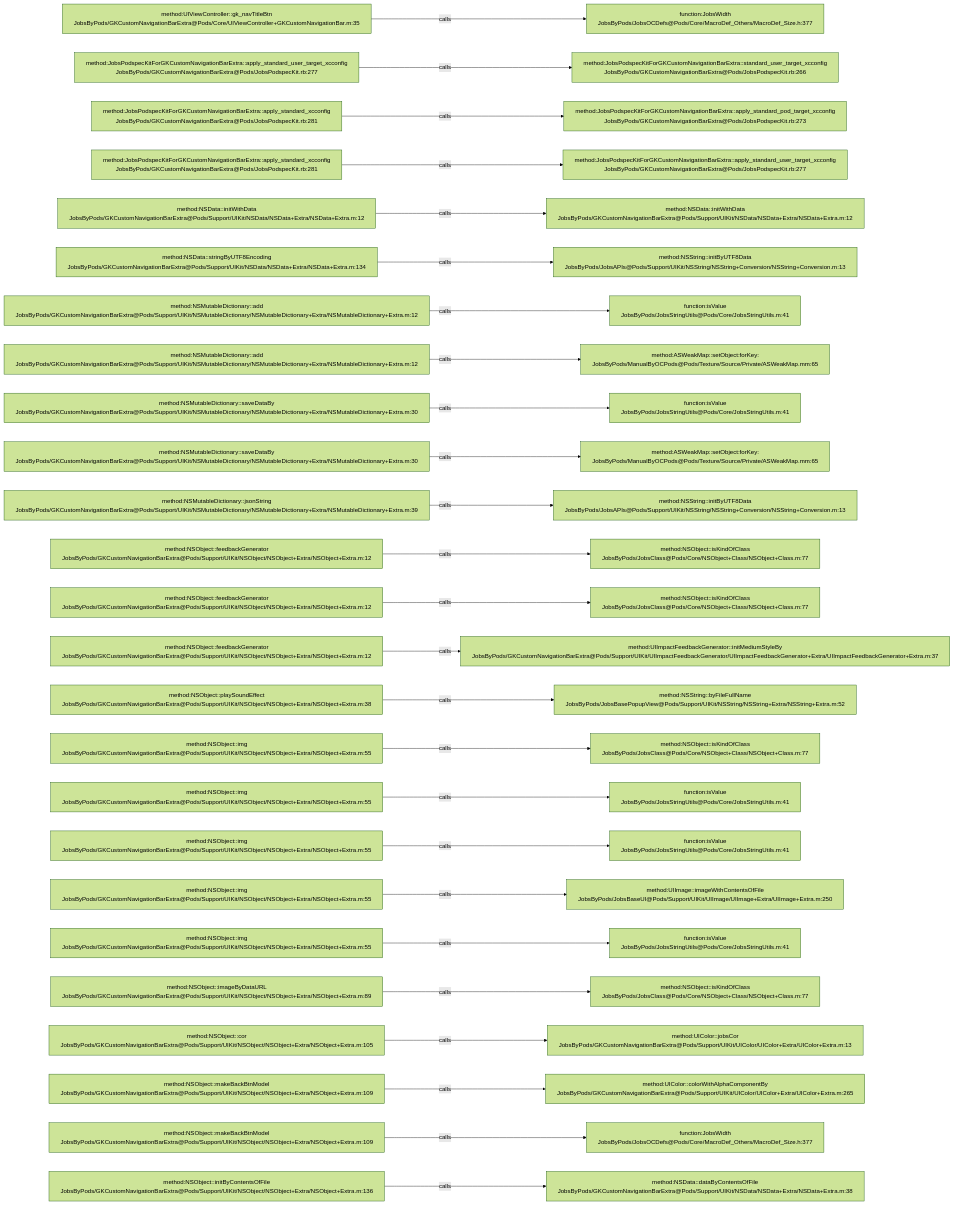
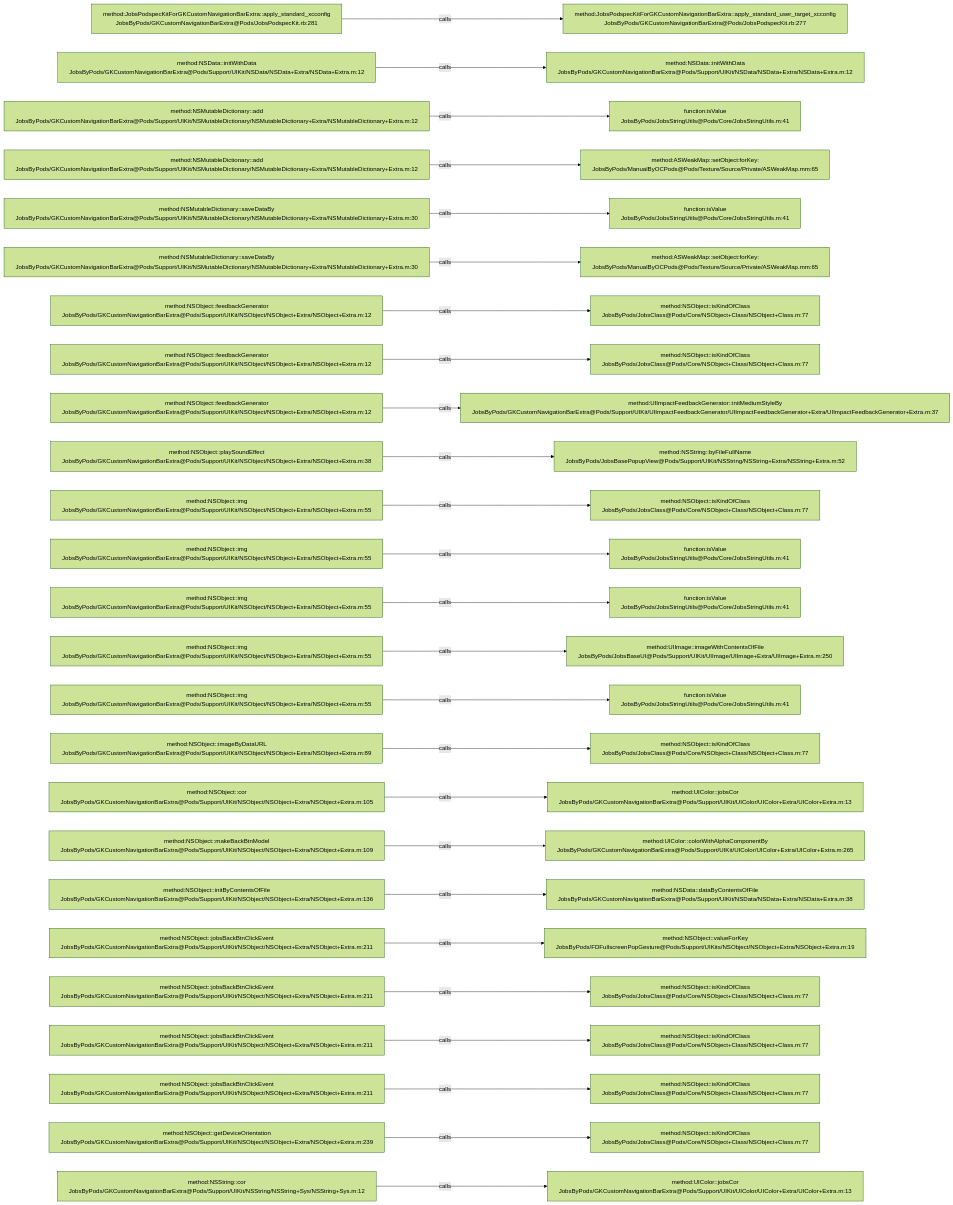
One commit to JobsKits/JobsOCBaseConfigDemo changed the diagram in .codegraph/codegraph.md/graphs/calls-004.md. Above: the diagram before and after it, drawn with Mermaid (forest theme). The commit also changed 1026 other files, not shown here.

````diff
--- a/.codegraph/codegraph.md/graphs/calls-004.md
+++ b/.codegraph/codegraph.md/graphs/calls-004.md
@@ -13,78 +13,78 @@
 ```mermaid
 flowchart LR
-  S1["method:UIViewController::gk_navTitleBtn<br/>JobsByPods/GKCustomNavigationBarExtra@Pods/Core/UIViewController+GKCustomNavigationBar.m:35"]
-  T1["function:JobsWidth<br/>JobsByPods/JobsOCDefs@Pods/Core/MacroDef_Others/MacroDef_Size.h:377"]
+  S1["method:JobsPodspecKitForGKCustomNavigationBarExtra::apply_standard_xcconfig<br/>JobsByPods/GKCustomNavigationBarExtra@Pods/JobsPodspecKit.rb:281"]
+  T1["method:JobsPodspecKitForGKCustomNavigationBarExtra::apply_standard_user_target_xcconfig<br/>JobsByPods/GKCustomNavigationBarExtra@Pods/JobsPodspecKit.rb:277"]
   S1 -->|calls| T1
-  S2["method:JobsPodspecKitForGKCustomNavigationBarExtra::apply_standard_user_target_xcconfig<br/>JobsByPods/GKCustomNavigationBarExtra@Pods/JobsPodspecKit.rb:277"]
-  T2["method:JobsPodspecKitForGKCustomNavigationBarExtra::standard_user_target_xcconfig<br/>JobsByPods/GKCustomNavigationBarExtra@Pods/JobsPodspecKit.rb:266"]
+  S2["method:NSData::initWithData<br/>JobsByPods/GKCustomNavigationBarExtra@Pods/Support/UIKit/NSData/NSData+Extra/NSData+Extra.m:12"]
+  T2["method:NSData::initWithData<br/>JobsByPods/GKCustomNavigationBarExtra@Pods/Support/UIKit/NSData/NSData+Extra/NSData+Extra.m:12"]
   S2 -->|calls| T2
-  S3["method:JobsPodspecKitForGKCustomNavigationBarExtra::apply_standard_xcconfig<br/>JobsByPods/GKCustomNavigationBarExtra@Pods/JobsPodspecKit.rb:281"]
-  T3["method:JobsPodspecKitForGKCustomNavigationBarExtra::apply_standard_pod_target_xcconfig<br/>JobsByPods/GKCustomNavigationBarExtra@Pods/JobsPodspecKit.rb:273"]
+  S3["method:NSMutableDictionary::add<br/>JobsByPods/GKCustomNavigationBarExtra@Pods/Support/UIKit/NSMutableDictionary/NSMutableDictionary+Extra/NSMutableDictionary+Extra.m:12"]
+  T3["function:isValue<br/>JobsByPods/JobsStringUtils@Pods/Core/JobsStringUtils.m:41"]
   S3 -->|calls| T3
-  S4["method:JobsPodspecKitForGKCustomNavigationBarExtra::apply_standard_xcconfig<br/>JobsByPods/GKCustomNavigationBarExtra@Pods/JobsPodspecKit.rb:281"]
-  T4["method:JobsPodspecKitForGKCustomNavigationBarExtra::apply_standard_user_target_xcconfig<br/>JobsByPods/GKCustomNavigationBarExtra@Pods/JobsPodspecKit.rb:277"]
+  S4["method:NSMutableDictionary::add<br/>JobsByPods/GKCustomNavigationBarExtra@Pods/Support/UIKit/NSMutableDictionary/NSMutableDictionary+Extra/NSMutableDictionary+Extra.m:12"]
+  T4["method:ASWeakMap::setObject:forKey:<br/>JobsByPods/ManualByOCPods@Pods/Texture/Source/Private/ASWeakMap.mm:65"]
   S4 -->|calls| T4
-  S5["method:NSData::initWithData<br/>JobsByPods/GKCustomNavigationBarExtra@Pods/Support/UIKit/NSData/NSData+Extra/NSData+Extra.m:12"]
-  T5["method:NSData::initWithData<br/>JobsByPods/GKCustomNavigationBarExtra@Pods/Support/UIKit/NSData/NSData+Extra/NSData+Extra.m:12"]
+  S5["method:NSMutableDictionary::saveDataBy<br/>JobsByPods/GKCustomNavigationBarExtra@Pods/Support/UIKit/NSMutableDictionary/NSMutableDictionary+Extra/NSMutableDictionary+Extra.m:30"]
+  T5["function:isValue<br/>JobsByPods/JobsStringUtils@Pods/Core/JobsStringUtils.m:41"]
   S5 -->|calls| T5
-  S6["method:NSData::stringByUTF8Encoding<br/>JobsByPods/GKCustomNavigationBarExtra@Pods/Support/UIKit/NSData/NSData+Extra/NSData+Extra.m:134"]
-  T6["method:NSString::initByUTF8Data<br/>JobsByPods/JobsAPIs@Pods/Support/UIKit/NSString/NSString+Conversion/NSString+Conversion.m:13"]
+  S6["method:NSMutableDictionary::saveDataBy<br/>JobsByPods/GKCustomNavigationBarExtra@Pods/Support/UIKit/NSMutableDictionary/NSMutableDictionary+Extra/NSMutableDictionary+Extra.m:30"]
+  T6["method:ASWeakMap::setObject:forKey:<br/>JobsByPods/ManualByOCPods@Pods/Texture/Source/Private/ASWeakMap.mm:65"]
   S6 -->|calls| T6
-  S7["method:NSMutableDictionary::add<br/>JobsByPods/GKCustomNavigationBarExtra@Pods/Support/UIKit/NSMutableDictionary/NSMutableDictionary+Extra/NSMutableDictionary+Extra.m:12"]
-  T7["function:isValue<br/>JobsByPods/JobsStringUtils@Pods/Core/JobsStringUtils.m:41"]
+  S7["method:NSObject::feedbackGenerator<br/>JobsByPods/GKCustomNavigationBarExtra@Pods/Support/UIKit/NSObject/NSObject+Extra/NSObject+Extra.m:12"]
+  T7["method:NSObject::isKindOfClass<br/>JobsByPods/JobsClass@Pods/Core/NSObject+Class/NSObject+Class.m:77"]
   S7 -->|calls| T7
-  S8["method:NSMutableDictionary::add<br/>JobsByPods/GKCustomNavigationBarExtra@Pods/Support/UIKit/NSMutableDictionary/NSMutableDictionary+Extra/NSMutableDictionary+Extra.m:12"]
-  T8["method:ASWeakMap::setObject:forKey:<br/>JobsByPods/ManualByOCPods@Pods/Texture/Source/Private/ASWeakMap.mm:65"]
+  S8["method:NSObject::feedbackGenerator<br/>JobsByPods/GKCustomNavigationBarExtra@Pods/Support/UIKit/NSObject/NSObject+Extra/NSObject+Extra.m:12"]
+  T8["method:NSObject::isKindOfClass<br/>JobsByPods/JobsClass@Pods/Core/NSObject+Class/NSObject+Class.m:77"]
   S8 -->|calls| T8
-  S9["method:NSMutableDictionary::saveDataBy<br/>JobsByPods/GKCustomNavigationBarExtra@Pods/Support/UIKit/NSMutableDictionary/NSMutableDictionary+Extra/NSMutableDictionary+Extra.m:30"]
-  T9["function:isValue<br/>JobsByPods/JobsStringUtils@Pods/Core/JobsStringUtils.m:41"]
+  S9["method:NSObject::feedbackGenerator<br/>JobsByPods/GKCustomNavigationBarExtra@Pods/Support/UIKit/NSObject/NSObject+Extra/NSObject+Extra.m:12"]
+  T9["method:UIImpactFeedbackGenerator::initMediumStyleBy<br/>JobsByPods/GKCustomNavigationBarExtra@Pods/Support/UIKit/UIImpactFeedbackGenerator/UIImpactFeedbackGenerator+Extra/UIImpactFeedbackGenerator+Extra.m:37"]
   S9 -->|calls| T9
-  S10["method:NSMutableDictionary::saveDataBy<br/>JobsByPods/GKCustomNavigationBarExtra@Pods/Support/UIKit/NSMutableDictionary/NSMutableDictionary+Extra/NSMutableDictionary+Extra.m:30"]
-  T10["method:ASWeakMap::setObject:forKey:<br/>JobsByPods/ManualByOCPods@Pods/Texture/Source/Private/ASWeakMap.mm:65"]
+  S10["method:NSObject::playSoundEffect<br/>JobsByPods/GKCustomNavigationBarExtra@Pods/Support/UIKit/NSObject/NSObject+Extra/NSObject+Extra.m:38"]
+  T10["method:NSString::byFileFullName<br/>JobsByPods/JobsBasePopupView@Pods/Support/UIKit/NSString/NSString+Extra/NSString+Extra.m:52"]
   S10 -->|calls| T10
-  S11["method:NSMutableDictionary::jsonString<br/>JobsByPods/GKCustomNavigationBarExtra@Pods/Support/UIKit/NSMutableDictionary/NSMutableDictionary+Extra/NSMutableDictionary+Extra.m:39"]
-  T11["method:NSString::initByUTF8Data<br/>JobsByPods/JobsAPIs@Pods/Support/UIKit/NSString/NSString+Conversion/NSString+Conversion.m:13"]
+  S11["method:NSObject::img<br/>JobsByPods/GKCustomNavigationBarExtra@Pods/Support/UIKit/NSObject/NSObject+Extra/NSObject+Extra.m:55"]
+  T11["method:NSObject::isKindOfClass<br/>JobsByPods/JobsClass@Pods/Core/NSObject+Class/NSObject+Class.m:77"]
   S11 -->|calls| T11
-  S12["method:NSObject::feedbackGenerator<br/>JobsByPods/GKCustomNavigationBarExtra@Pods/Support/UIKit/NSObject/NSObject+Extra/NSObject+Extra.m:12"]
-  T12["method:NSObject::isKindOfClass<br/>JobsByPods/JobsClass@Pods/Core/NSObject+Class/NSObject+Class.m:77"]
+  S12["method:NSObject::img<br/>JobsByPods/GKCustomNavigationBarExtra@Pods/Support/UIKit/NSObject/NSObject+Extra/NSObject+Extra.m:55"]
+  T12["function:isValue<br/>JobsByPods/JobsStringUtils@Pods/Core/JobsStringUtils.m:41"]
   S12 -->|calls| T12
-  S13["method:NSObject::feedbackGenerator<br/>JobsByPods/GKCustomNavigationBarExtra@Pods/Support/UIKit/NSObject/NSObject+Extra/NSObject+Extra.m:12"]
-  T13["method:NSObject::isKindOfClass<br/>JobsByPods/JobsClass@Pods/Core/NSObject+Class/NSObject+Class.m:77"]
+  S13["method:NSObject::img<br/>JobsByPods/GKCustomNavigationBarExtra@Pods/Support/UIKit/NSObject/NSObject+Extra/NSObject+Extra.m:55"]
+  T13["function:isValue<br/>JobsByPods/JobsStringUtils@Pods/Core/JobsStringUtils.m:41"]
   S13 -->|calls| T13
-  S14["method:NSObject::feedbackGenerator<br/>JobsByPods/GKCustomNavigationBarExtra@Pods/Support/UIKit/NSObject/NSObject+Extra/NSObject+Extra.m:12"]
-  T14["method:UIImpactFeedbackGenerator::initMediumStyleBy<br/>JobsByPods/GKCustomNavigationBarExtra@Pods/Support/UIKit/UIImpactFeedbackGenerator/UIImpactFeedbackGenerator+Extra/UIImpactFeedbackGenerator+Extra.m:37"]
+  S14["method:NSObject::img<br/>JobsByPods/GKCustomNavigationBarExtra@Pods/Support/UIKit/NSObject/NSObject+Extra/NSObject+Extra.m:55"]
+  T14["method:UIImage::imageWithContentsOfFile<br/>JobsByPods/JobsBaseUI@Pods/Support/UIKit/UIImage/UIImage+Extra/UIImage+Extra.m:250"]
   S14 -->|calls| T14
-  S15["method:NSObject::playSoundEffect<br/>JobsByPods/GKCustomNavigationBarExtra@Pods/Support/UIKit/NSObject/NSObject+Extra/NSObject+Extra.m:38"]
-  T15["method:NSString::byFileFullName<br/>JobsByPods/JobsBasePopupView@Pods/Support/UIKit/NSString/NSString+Extra/NSString+Extra.m:52"]
+  S15["method:NSObject::img<br/>JobsByPods/GKCustomNavigationBarExtra@Pods/Support/UIKit/NSObject/NSObject+Extra/NSObject+Extra.m:55"]
+  T15["function:isValue<br/>JobsByPods/JobsStringUtils@Pods/Core/JobsStringUtils.m:41"]
   S15 -->|calls| T15
-  S16["method:NSObject::img<br/>JobsByPods/GKCustomNavigationBarExtra@Pods/Support/UIKit/NSObject/NSObject+Extra/NSObject+Extra.m:55"]
+  S16["method:NSObject::imageByDataURL<br/>JobsByPods/GKCustomNavigationBarExtra@Pods/Support/UIKit/NSObject/NSObject+Extra/NSObject+Extra.m:89"]
   T16["method:NSObject::isKindOfClass<br/>JobsByPods/JobsClass@Pods/Core/NSObject+Class/NSObject+Class.m:77"]
   S16 -->|calls| T16
-  S17["method:NSObject::img<br/>JobsByPods/GKCustomNavigationBarExtra@Pods/Support/UIKit/NSObject/NSObject+Extra/NSObject+Extra.m:55"]
-  T17["function:isValue<br/>JobsByPods/JobsStringUtils@Pods/Core/JobsStringUtils.m:41"]
+  S17["method:NSObject::cor<br/>JobsByPods/GKCustomNavigationBarExtra@Pods/Support/UIKit/NSObject/NSObject+Extra/NSObject+Extra.m:105"]
+  T17["method:UIColor::jobsCor<br/>JobsByPods/GKCustomNavigationBarExtra@Pods/Support/UIKit/UIColor/UIColor+Extra/UIColor+Extra.m:13"]
   S17 -->|calls| T17
-  S18["method:NSObject::img<br/>JobsByPods/GKCustomNavigationBarExtra@Pods/Support/UIKit/NSObject/NSObject+Extra/NSObject+Extra.m:55"]
-  T18["function:isValue<br/>JobsByPods/JobsStringUtils@Pods/Core/JobsStringUtils.m:41"]
+  S18["method:NSObject::makeBackBtnModel<br/>JobsByPods/GKCustomNavigationBarExtra@Pods/Support/UIKit/NSObject/NSObject+Extra/NSObject+Extra.m:109"]
+  T18["method:UIColor::colorWithAlphaComponentBy<br/>JobsByPods/GKCustomNavigationBarExtra@Pods/Support/UIKit/UIColor/UIColor+Extra/UIColor+Extra.m:265"]
   S18 -->|calls| T18
-  S19["method:NSObject::img<br/>JobsByPods/GKCustomNavigationBarExtra@Pods/Support/UIKit/NSObject/NSObject+Extra/NSObject+Extra.m:55"]
-  T19["method:UIImage::imageWithContentsOfFile<br/>JobsByPods/JobsBaseUI@Pods/Support/UIKit/UIImage/UIImage+Extra/UIImage+Extra.m:250"]
+  S19["method:NSObject::initByContentsOfFile<br/>JobsByPods/GKCustomNavigationBarExtra@Pods/Support/UIKit/NSObject/NSObject+Extra/NSObject+Extra.m:136"]
+  T19["method:NSData::dataByContentsOfFile<br/>JobsByPods/GKCustomNavigationBarExtra@Pods/Support/UIKit/NSData/NSData+Extra/NSData+Extra.m:38"]
   S19 -->|calls| T19
-  S20["method:NSObject::img<br/>JobsByPods/GKCustomNavigationBarExtra@Pods/Support/UIKit/NSObject/NSObject+Extra/NSObject+Extra.m:55"]
-  T20["function:isValue<br/>JobsByPods/JobsStringUtils@Pods/Core/JobsStringUtils.m:41"]
+  S20["method:NSObject::jobsBackBtnClickEvent<br/>JobsByPods/GKCustomNavigationBarExtra@Pods/Support/UIKit/NSObject/NSObject+Extra/NSObject+Extra.m:211"]
+  T20["method:NSObject::valueForKey<br/>JobsByPods/FDFullscreenPopGesture@Pods/Support/UIKits/NSObject/NSObject+Extra/NSObject+Extra.m:19"]
   S20 -->|calls| T20
-  S21["method:NSObject::imageByDataURL<br/>JobsByPods/GKCustomNavigationBarExtra@Pods/Support/UIKit/NSObject/NSObject+Extra/NSObject+Extra.m:89"]
+  S21["method:NSObject::jobsBackBtnClickEvent<br/>JobsByPods/GKCustomNavigationBarExtra@Pods/Support/UIKit/NSObject/NSObject+Extra/NSObject+Extra.m:211"]
   T21["method:NSObject::isKindOfClass<br/>JobsByPods/JobsClass@Pods/Core/NSObject+Class/NSObject+Class.m:77"]
   S21 -->|calls| T21
-  S22["method:NSObject::cor<br/>JobsByPods/GKCustomNavigationBarExtra@Pods/Support/UIKit/NSObject/NSObject+Extra/NSObject+Extra.m:105"]
-  T22["method:UIColor::jobsCor<br/>JobsByPods/GKCustomNavigationBarExtra@Pods/Support/UIKit/UIColor/UIColor+Extra/UIColor+Extra.m:13"]
+  S22["method:NSObject::jobsBackBtnClickEvent<br/>JobsByPods/GKCustomNavigationBarExtra@Pods/Support/UIKit/NSObject/NSObject+Extra/NSObject+Extra.m:211"]
+  T22["method:NSObject::isKindOfClass<br/>JobsByPods/JobsClass@Pods/Core/NSObject+Class/NSObject+Class.m:77"]
   S22 -->|calls| T22
-  S23["method:NSObject::makeBackBtnModel<br/>JobsByPods/GKCustomNavigationBarExtra@Pods/Support/UIKit/NSObject/NSObject+Extra/NSObject+Extra.m:109"]
-  T23["method:UIColor::colorWithAlphaComponentBy<br/>JobsByPods/GKCustomNavigationBarExtra@Pods/Support/UIKit/UIColor/UIColor+Extra/UIColor+Extra.m:265"]
+  S23["method:NSObject::jobsBackBtnClickEvent<br/>JobsByPods/GKCustomNavigationBarExtra@Pods/Support/UIKit/NSObject/NSObject+Extra/NSObject+Extra.m:211"]
+  T23["method:NSObject::isKindOfClass<br/>JobsByPods/JobsClass@Pods/Core/NSObject+Class/NSObject+Class.m:77"]
   S23 -->|calls| T23
-  S24["method:NSObject::makeBackBtnModel<br/>JobsByPods/GKCustomNavigationBarExtra@Pods/Support/UIKit/NSObject/NSObject+Extra/NSObject+Extra.m:109"]
-  T24["function:JobsWidth<br/>JobsByPods/JobsOCDefs@Pods/Core/MacroDef_Others/MacroDef_Size.h:377"]
+  S24["method:NSObject::getDeviceOrientation<br/>JobsByPods/GKCustomNavigationBarExtra@Pods/Support/UIKit/NSObject/NSObject+Extra/NSObject+Extra.m:239"]
+  T24["method:NSObject::isKindOfClass<br/>JobsByPods/JobsClass@Pods/Core/NSObject+Class/NSObject+Class.m:77"]
   S24 -->|calls| T24
-  S25["method:NSObject::initByContentsOfFile<br/>JobsByPods/GKCustomNavigationBarExtra@Pods/Support/UIKit/NSObject/NSObject+Extra/NSObject+Extra.m:136"]
-  T25["method:NSData::dataByContentsOfFile<br/>JobsByPods/GKCustomNavigationBarExtra@Pods/Support/UIKit/NSData/NSData+Extra/NSData+Extra.m:38"]
+  S25["method:NSString::cor<br/>JobsByPods/GKCustomNavigationBarExtra@Pods/Support/UIKit/NSString/NSString+Sys/NSString+Sys.m:12"]
+  T25["method:UIColor::jobsCor<br/>JobsByPods/GKCustomNavigationBarExtra@Pods/Support/UIKit/UIColor/UIColor+Extra/UIColor+Extra.m:13"]
   S25 -->|calls| T25
 ```
````
